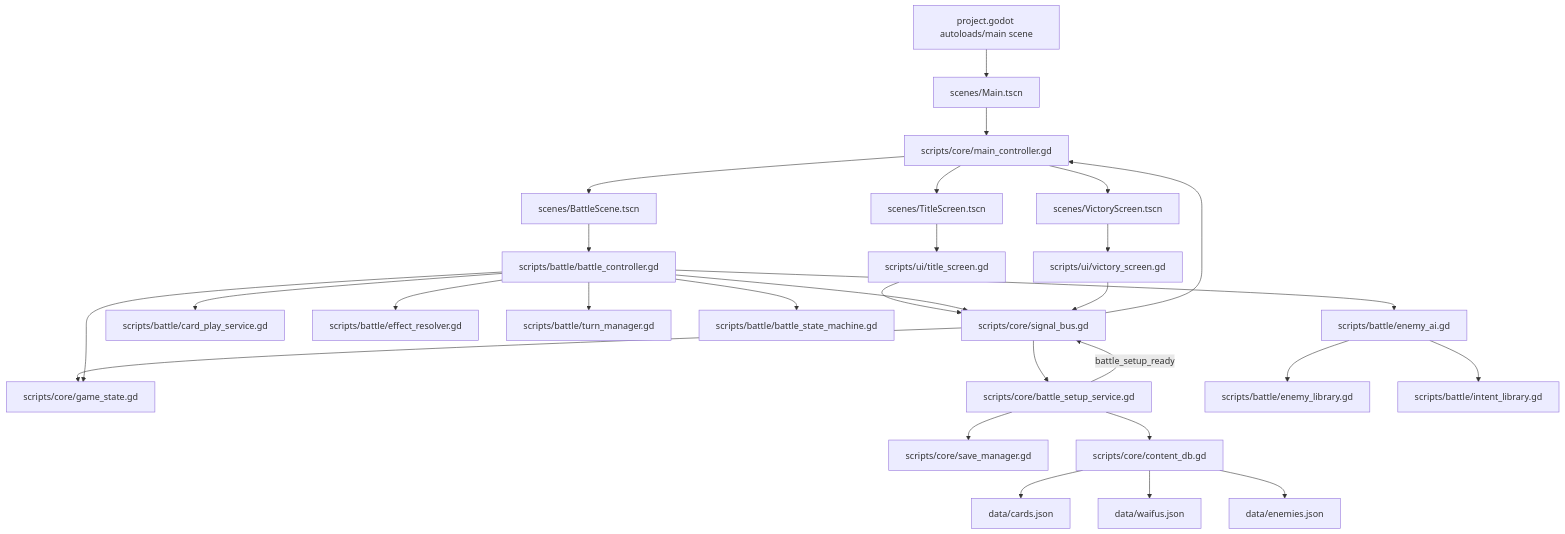
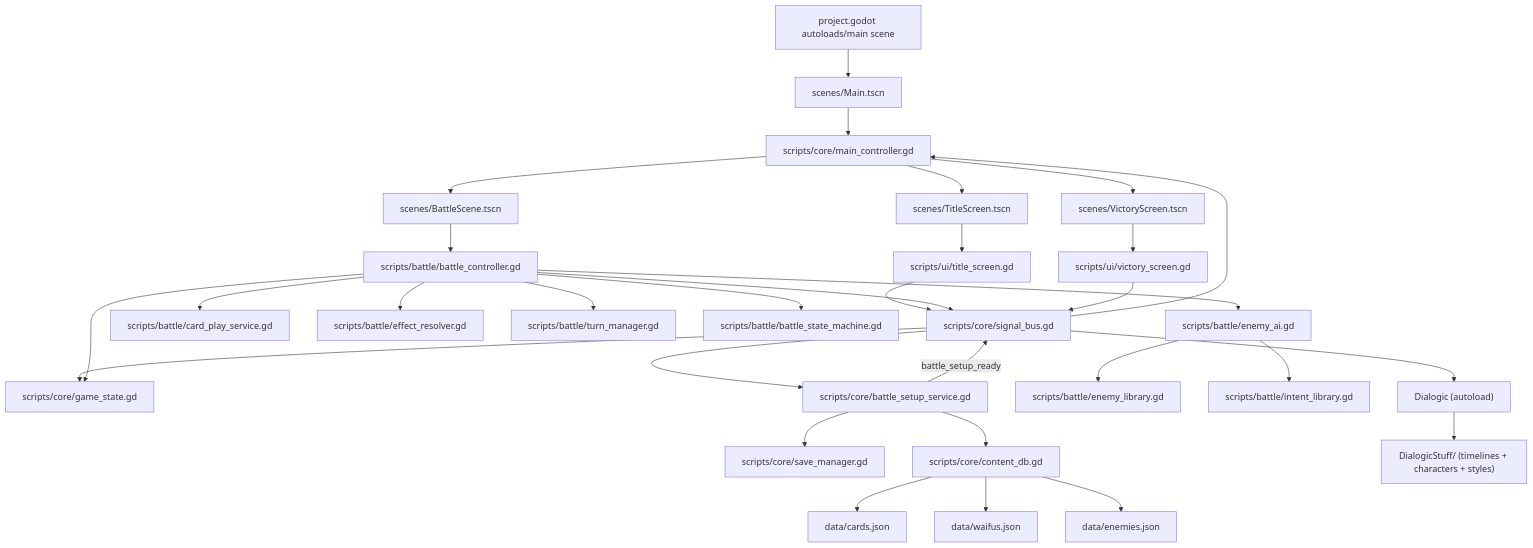
The diagram in GAME_SYSTEM_MAP.md (rekore/Demon-Lord-Commander), drawn with Mermaid before and after one commit. The commit also changed other lines of this file and 15 other files, not shown here.

````diff
--- a/GAME_SYSTEM_MAP.md
+++ b/GAME_SYSTEM_MAP.md
@@ -15,35 +15,38 @@
 ```mermaid
 flowchart TD
     ProjectSettings["project.godot autoloads/main scene"] --> MainScene["scenes/Main.tscn"]
     MainScene --> MainController["scripts/core/main_controller.gd"]
     MainController --> TitleScene["scenes/TitleScreen.tscn"]
     TitleScene --> TitleScript["scripts/ui/title_screen.gd"]
     TitleScript --> SignalBus["scripts/core/signal_bus.gd"]
 
     SignalBus --> GameState["scripts/core/game_state.gd"]
     SignalBus --> BattleSetupService["scripts/core/battle_setup_service.gd"]
     BattleSetupService --> SaveManager["scripts/core/save_manager.gd"]
     BattleSetupService --> ContentDB["scripts/core/content_db.gd"]
     ContentDB --> CardsJson["data/cards.json"]
     ContentDB --> WaifusJson["data/waifus.json"]
     ContentDB --> EnemiesJson["data/enemies.json"]
 
     BattleSetupService -->|"battle_setup_ready"| SignalBus
     SignalBus --> MainController
     MainController --> BattleScene["scenes/BattleScene.tscn"]
     BattleScene --> BattleController["scripts/battle/battle_controller.gd"]
     BattleController --> GameState
     BattleController --> SignalBus
 
     BattleController --> CardPlayService["scripts/battle/card_play_service.gd"]
     BattleController --> EffectResolver["scripts/battle/effect_resolver.gd"]
     BattleController --> TurnManager["scripts/battle/turn_manager.gd"]
     BattleController --> BattleStateMachine["scripts/battle/battle_state_machine.gd"]
     BattleController --> EnemyAI["scripts/battle/enemy_ai.gd"]
     EnemyAI --> EnemyLibrary["scripts/battle/enemy_library.gd"]
     EnemyAI --> IntentLibrary["scripts/battle/intent_library.gd"]
 
     MainController --> VictoryScene["scenes/VictoryScreen.tscn"]
     VictoryScene --> VictoryScript["scripts/ui/victory_screen.gd"]
     VictoryScript --> SignalBus
+
+    SignalBus --> DialogicAutoload["Dialogic (autoload)"]
+    DialogicAutoload --> DialogicContent["DialogicStuff/ (timelines + characters + styles)"]
 ```
````
